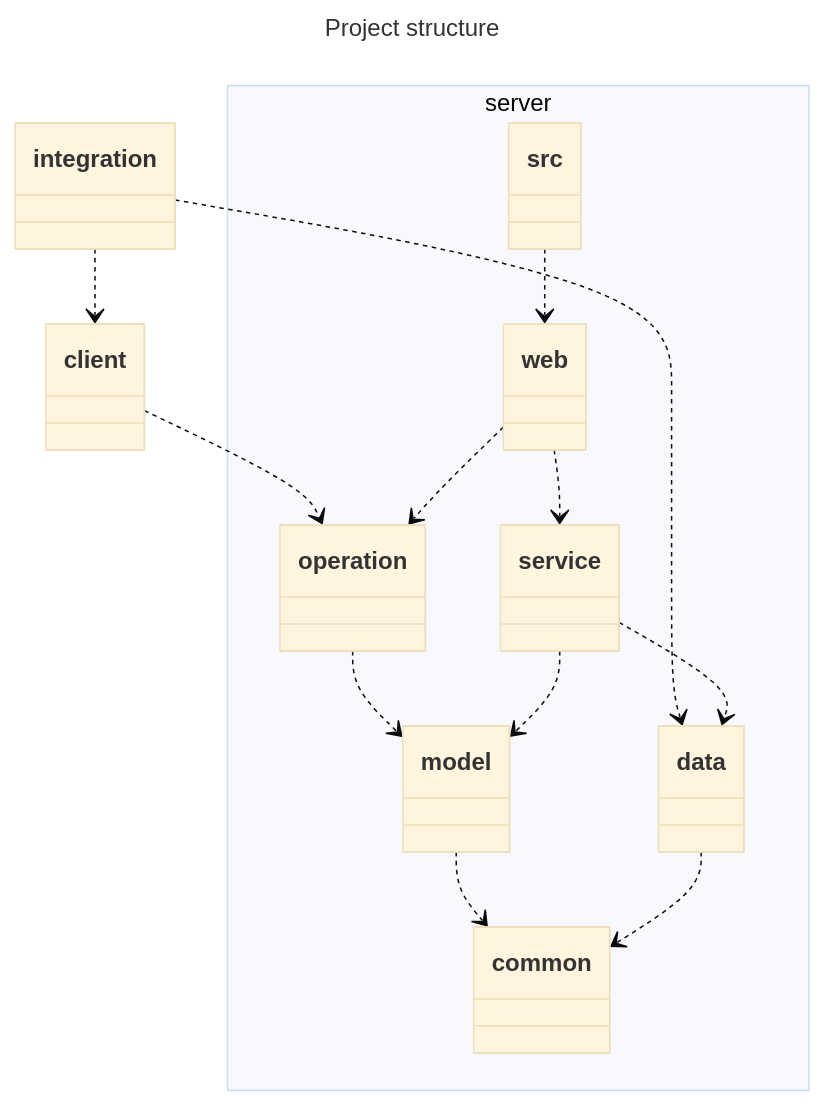
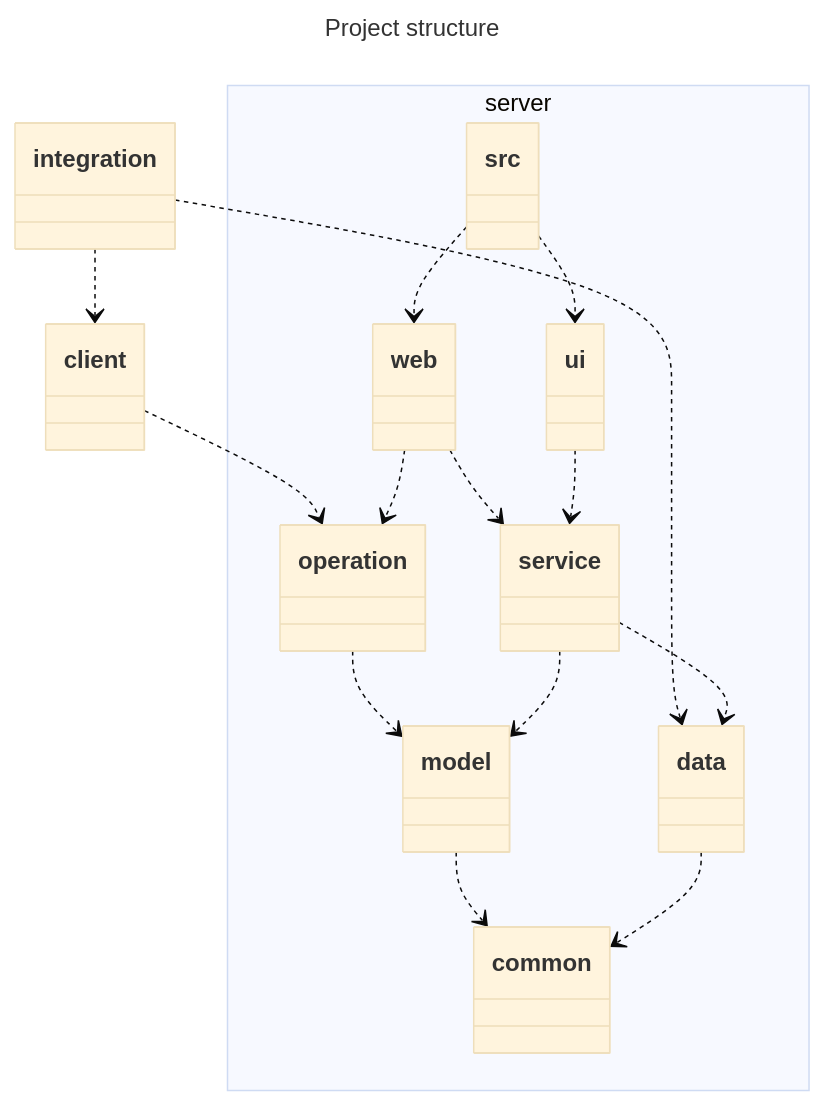
One commit to BSStudio/bss-web-admin-backend changed the diagram in README.md. Above: the diagram before and after it, drawn with Mermaid (base theme). The commit also changed other lines of this file and 5 other files, not shown here.

````diff
--- a/README.md
+++ b/README.md
@@ -25,29 +25,32 @@
 ```mermaid
 ---
 title: Project structure
 ---
 classDiagram
     direction TB
 
      namespace server {
          class src
          class web
+         class ui
          class operation
          class service
          class model
          class data
          class common
      }
 
     integration ..> client
     client ..> operation
     integration ..> data
     web ..> operation
     web ..> service
+    ui ..> service
     service ..> data
     operation ..> model
     model ..> common
     data ..> common
     service ..> model
     src ..> web
+    src ..> ui
 ```
````
